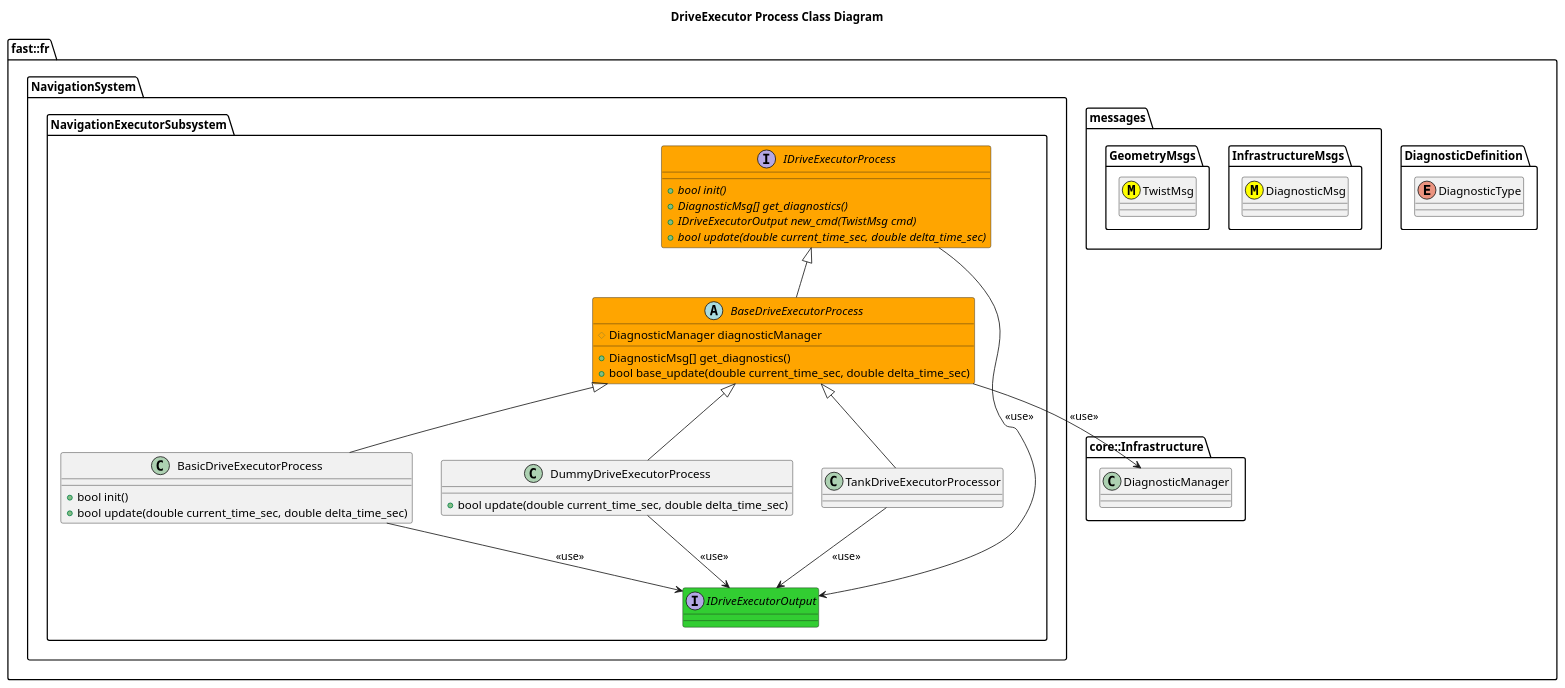
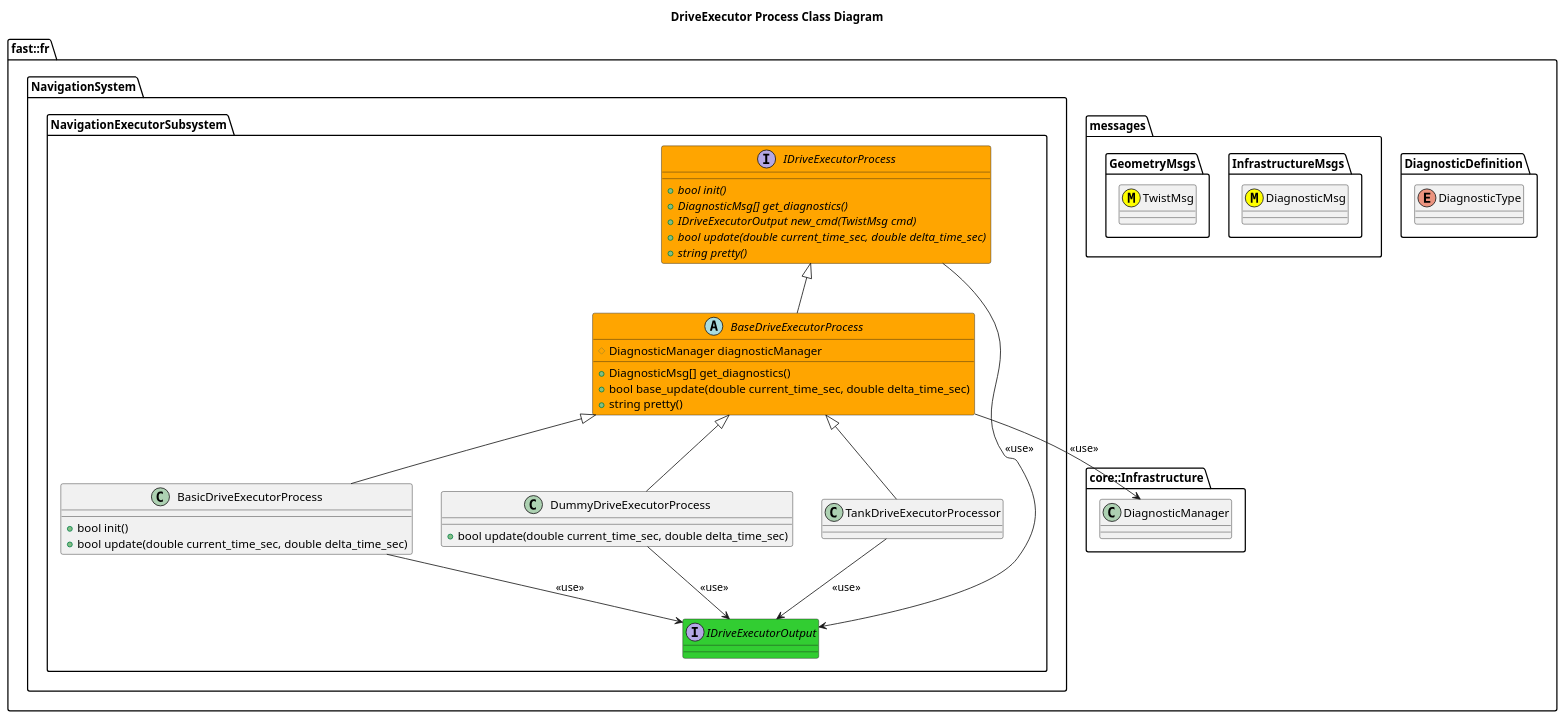
Before and after one commit to fastrobotics/robot_framework: the diagram in Systems/Navigation/Subsystems/NavigationExecutor/Processes/DriveExecutor/doc/puml/DriveExecutorProcessClassDiagram.puml, drawn with PlantUML. The commit also changed 3 other files, not shown here.

```diff
--- a/Systems/Navigation/Subsystems/NavigationExecutor/Processes/DriveExecutor/doc/puml/DriveExecutorProcessClassDiagram.puml
+++ b/Systems/Navigation/Subsystems/NavigationExecutor/Processes/DriveExecutor/doc/puml/DriveExecutorProcessClassDiagram.puml
@@ -1,57 +1,59 @@
 @startuml
 title DriveExecutor Process Class Diagram
 
 namespace fast::fr {
   namespace DiagnosticDefinition {
     enum DiagnosticType
   }
   namespace messages {
     namespace InfrastructureMsgs {
       class DiagnosticMsg <<(M,#FFFF00)>>
     }
     namespace GeometryMsgs {
       class TwistMsg <<(M,#FFFF00)>>
     }
   }
   namespace core::Infrastructure {
     class DiagnosticManager
   }
   namespace NavigationSystem {
     namespace NavigationExecutorSubsystem {
         interface IDriveExecutorOutput #LimeGreen {
 
         }
         interface IDriveExecutorProcess #Orange {
           +{abstract} bool init()
           +{abstract} DiagnosticMsg[] get_diagnostics()
           +{abstract} IDriveExecutorOutput new_cmd(TwistMsg cmd)
           +{abstract} bool update(double current_time_sec, double delta_time_sec)
+          +{abstract} string pretty()
         }
         IDriveExecutorProcess --> IDriveExecutorOutput: <<use>>
         abstract BaseDriveExecutorProcess #Orange {
           +DiagnosticMsg[] get_diagnostics()
           +bool base_update(double current_time_sec, double delta_time_sec)
+          +string pretty()
           #DiagnosticManager diagnosticManager
           
 
         }
         BaseDriveExecutorProcess -up-|> IDriveExecutorProcess
         BaseDriveExecutorProcess --> DiagnosticManager: <<use>>
         class BasicDriveExecutorProcess {
           +bool init()
           +bool update(double current_time_sec, double delta_time_sec)
         }
         BasicDriveExecutorProcess -up-|> BaseDriveExecutorProcess
         BasicDriveExecutorProcess --> IDriveExecutorOutput: <<use>>
         class DummyDriveExecutorProcess {
           +bool update(double current_time_sec, double delta_time_sec)
         }
         DummyDriveExecutorProcess -up-|> BaseDriveExecutorProcess
         DummyDriveExecutorProcess --> IDriveExecutorOutput: <<use>>
         class TankDriveExecutorProcessor
         TankDriveExecutorProcessor -up-|> BaseDriveExecutorProcess
         TankDriveExecutorProcessor --> IDriveExecutorOutput: <<use>>
     }
   }
 }
 @enduml
```
